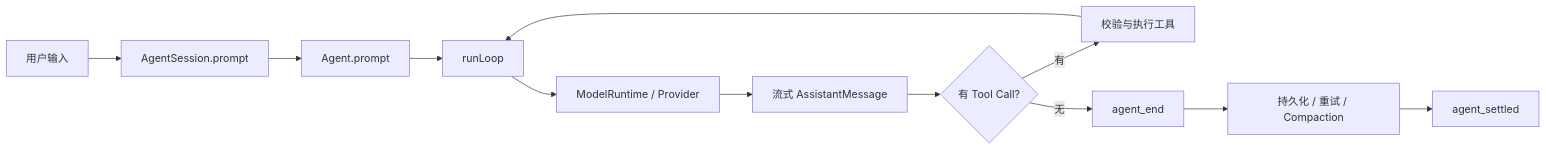
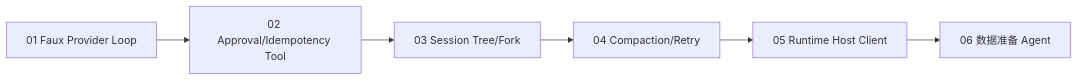
One commit to 7155/pi changed the fifth of 6 diagrams in course/pi-source-learning/README.md. Above: the diagram before and after it, drawn with Mermaid. The commit also changed other lines of this file, not shown here.

````diff
--- a/course/pi-source-learning/README.md
+++ b/course/pi-source-learning/README.md
@@ -9,14 +232,8 @@
 ```mermaid
 flowchart LR
-    U[用户输入] --> S[AgentSession.prompt]
-    S --> A[Agent.prompt]
-    A --> L[runLoop]
-    L --> M[ModelRuntime / Provider]
-    M --> R[流式 AssistantMessage]
-    R --> T{有 Tool Call?}
-    T -- 有 --> X[校验与执行工具]
-    X --> L
-    T -- 无 --> E[agent_end]
-    E --> P[持久化 / 重试 / Compaction]
-    P --> Z[agent_settled]
+    L1[01 Faux Provider Loop] --> L2[02 Approval/Idempotency Tool]
+    L2 --> L3[03 Session Tree/Fork]
+    L3 --> L4[04 Compaction/Retry]
+    L4 --> L5[05 Runtime Host Client]
+    L5 --> L6[06 数据准备 Agent]
 ```
````
